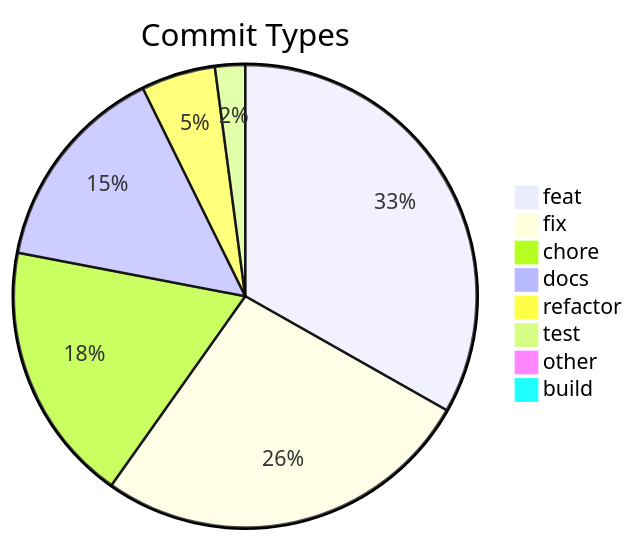
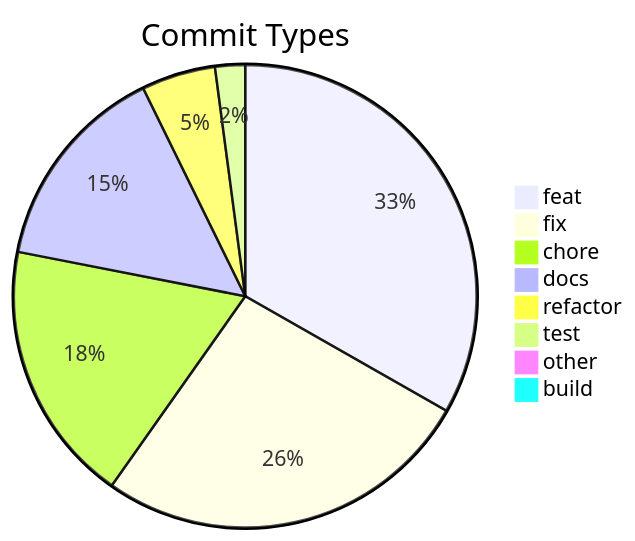
The diagram in .shipwright/compliance/change-history.md (svenroth-ai/shipwright), drawn with Mermaid before and after one commit. The commit also changed other lines of this file and 7 other files, not shown here.

````diff
--- a/.shipwright/compliance/change-history.md
+++ b/.shipwright/compliance/change-history.md
@@ -8,11 +8,11 @@
 ```mermaid
 pie title Commit Types
-    "feat" : 237
+    "feat" : 238
     "fix" : 190
-    "chore" : 130
+    "chore" : 131
     "docs" : 105
     "refactor" : 37
     "test" : 15
     "other" : 7
     "build" : 1
 ```
````
